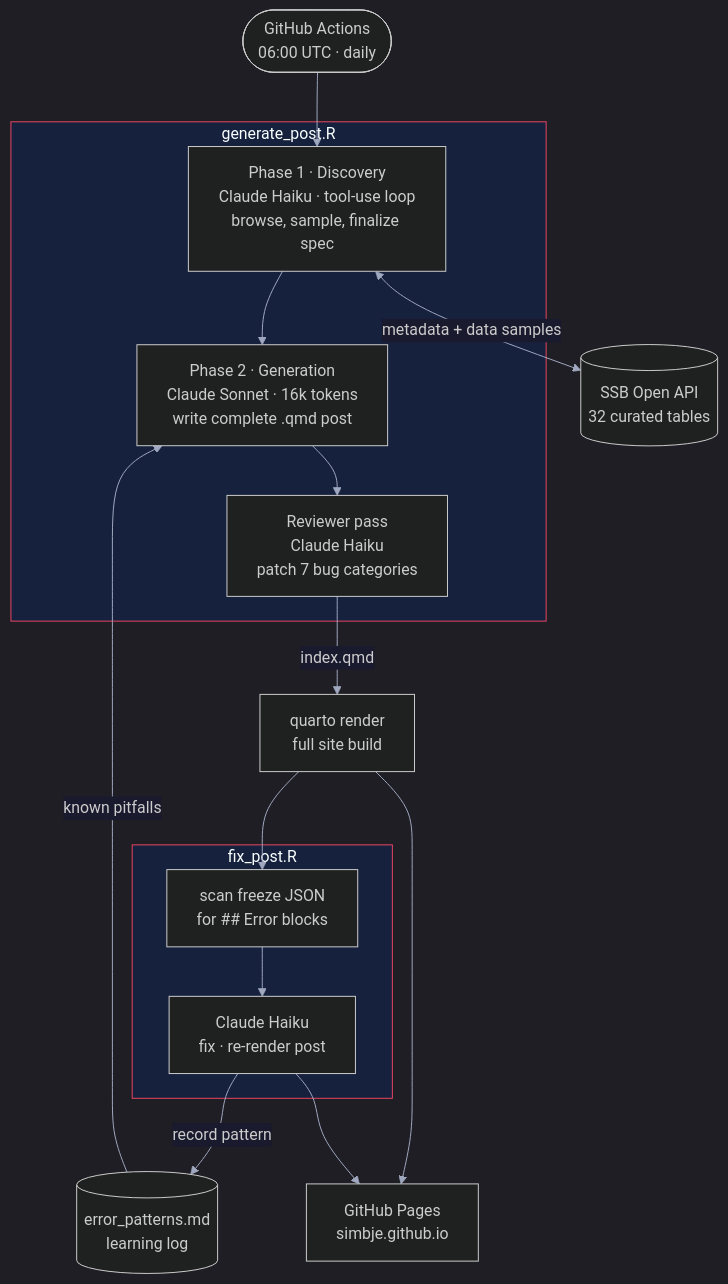
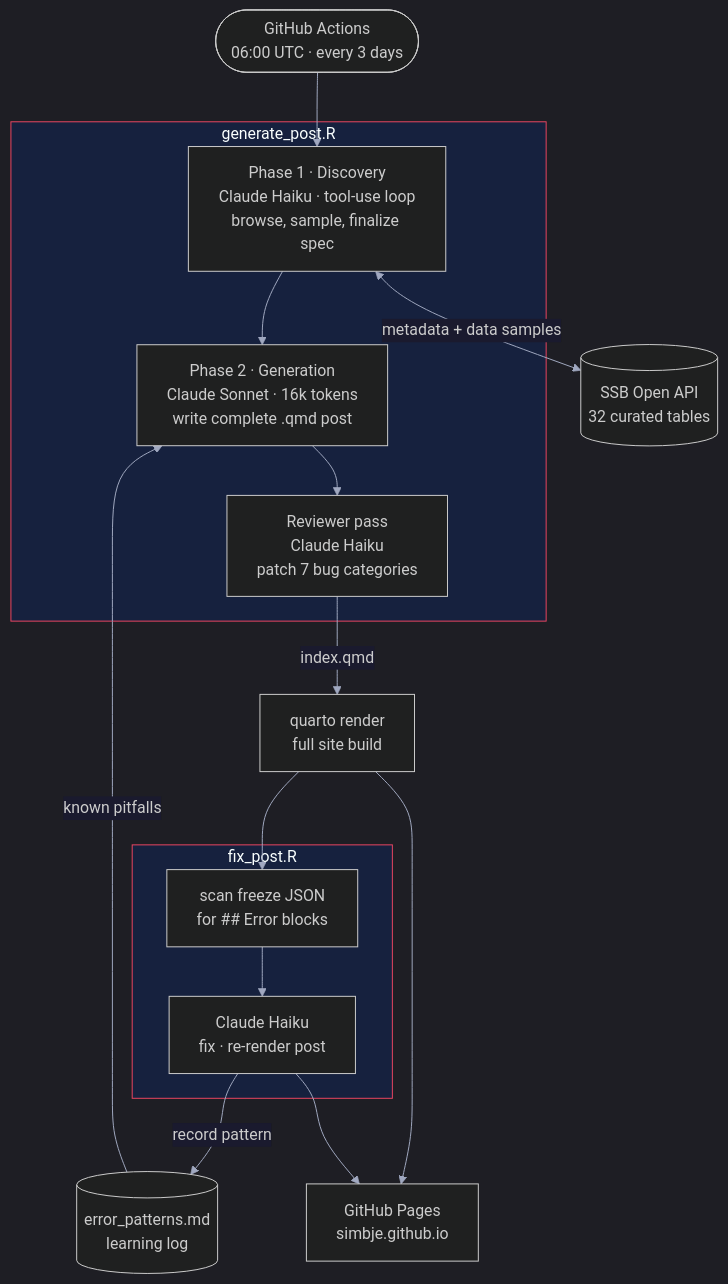
The diagram in blog/posts/2026-04-29-ssb-daily/index.qmd (simbje/simbje.github.io), drawn with Mermaid before and after one commit. The commit also changed other lines of this file and 10 other files, not shown here.

````diff
--- a/blog/posts/2026-04-29-ssb-daily/index.qmd
+++ b/blog/posts/2026-04-29-ssb-daily/index.qmd
@@ -27,35 +27,35 @@
 ```{mermaid}
 %%{init: {'theme': 'dark', 'themeVariables': {'primaryColor': '#0f3460', 'primaryTextColor': '#ffffff', 'primaryBorderColor': '#e94560', 'lineColor': '#a0a8c0', 'secondaryColor': '#1a1a2e', 'tertiaryColor': '#16213e', 'clusterBkg': '#16213e', 'clusterBorder': '#e94560', 'edgeLabelBackground': '#1a1a2e', 'fontFamily': 'inherit'}}}%%
 flowchart TD
-    CRON(["GitHub Actions\n06:00 UTC · daily"])
+    CRON(["GitHub Actions\n06:00 UTC · every 3 days"])
 
     SSB[("SSB Open API\n32 curated tables")]
 
     subgraph GEN["generate_post.R"]
         P1["Phase 1 · Discovery\nClaude Haiku · tool-use loop\nbrowse, sample, finalize spec"]
         P2["Phase 2 · Generation\nClaude Sonnet · 16k tokens\nwrite complete .qmd post"]
         REV["Reviewer pass\nClaude Haiku\npatch 7 bug categories"]
         P1 --> P2 --> REV
     end
 
     EP[("error_patterns.md\nlearning log")]
 
     RENDER["quarto render\nfull site build"]
 
     subgraph FIX["fix_post.R"]
         DET["scan freeze JSON\nfor ## Error blocks"]
         PATCH["Claude Haiku\nfix · re-render post"]
         DET --> PATCH
     end
 
     DEPLOY["GitHub Pages\nsimbje.github.io"]
 
     CRON --> P1
     P1 <-->|"metadata + data samples"| SSB
     EP -->|"known pitfalls"| P2
     REV -->|"index.qmd"| RENDER
     RENDER --> DET
     PATCH -->|"record pattern"| EP
     RENDER --> DEPLOY
     PATCH --> DEPLOY
 ```
````
